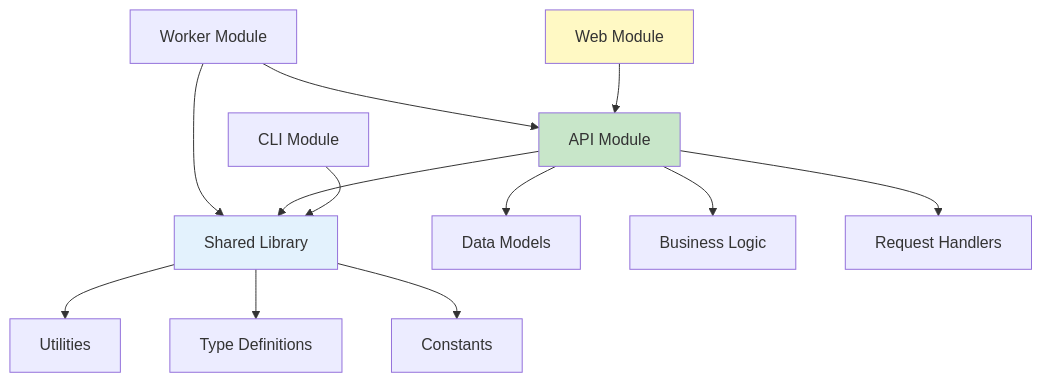
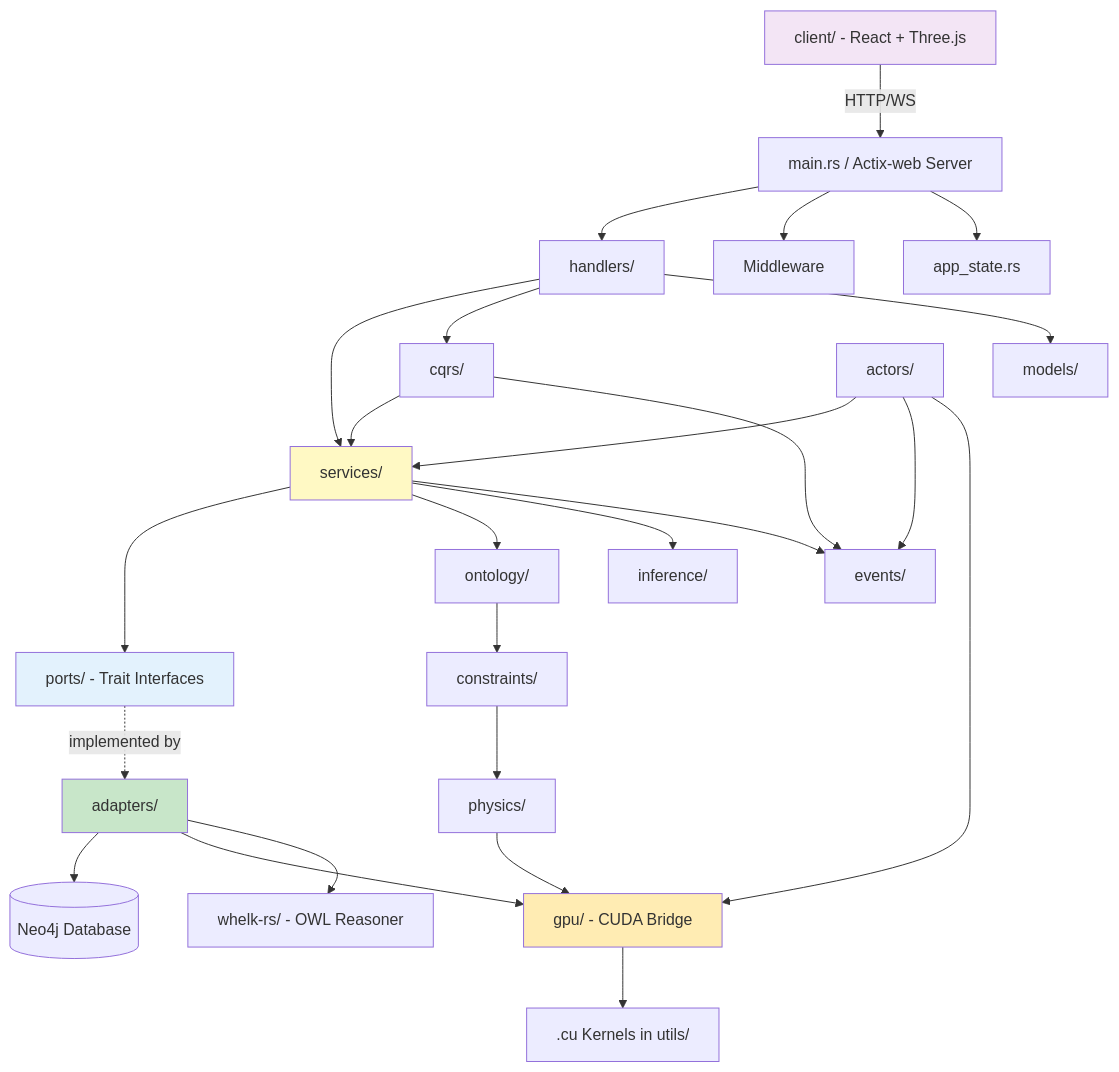
The diagram in docs/how-to/development/02-project-structure.md (DreamLab-AI/VisionFlow), drawn with Mermaid before and after one commit. The commit also changed other lines of this file and 22 other files, not shown here.

````diff
--- a/docs/how-to/development/02-project-structure.md
+++ b/docs/how-to/development/02-project-structure.md
@@ -413,20 +846,40 @@
 ```mermaid
 graph TD
-    CLI[CLI Module] --> Shared[Shared Library]
-    API[API Module] --> Shared
-    Web[Web Module] --> API
-    Worker[Worker Module] --> Shared
-    Worker --> API
+    Main[main.rs / Actix-web Server] --> Handlers
+    Main --> Middleware
+    Main --> AppState[app_state.rs]
 
-    Shared --> Utils[Utilities]
-    Shared --> Types[Type Definitions]
-    Shared --> Constants[Constants]
+    Handlers[handlers/] --> Services[services/]
+    Handlers --> CQRS[cqrs/]
+    Handlers --> Models[models/]
 
-    API --> Models[Data Models]
-    API --> Services[Business Logic]
-    API --> Controllers[Request Handlers]
+    Services --> Ports[ports/ - Trait Interfaces]
+    Services --> Ontology[ontology/]
+    Services --> Inference[inference/]
+    Services --> Events[events/]
 
-    style Shared fill:#E3F2FD
-    style API fill:#C8E6C9
-    style Web fill:#FFF9C4
+    CQRS --> Services
+    CQRS --> Events
+
+    Ports -.->|implemented by| Adapters[adapters/]
+    Adapters --> Neo4j[(Neo4j Database)]
+    Adapters --> GPU[gpu/ - CUDA Bridge]
+    Adapters --> Whelk[whelk-rs/ - OWL Reasoner]
+
+    GPU --> CUDA[.cu Kernels in utils/]
+    Physics[physics/] --> GPU
+    Constraints[constraints/] --> Physics
+    Ontology --> Constraints
+
+    Actors[actors/] --> Services
+    Actors --> Events
+    Actors --> GPU
+
+    Client[client/ - React + Three.js] -->|HTTP/WS| Main
+
+    style Ports fill:#E3F2FD
+    style Adapters fill:#C8E6C9
+    style Services fill:#FFF9C4
+    style GPU fill:#FFECB3
+    style Client fill:#F3E5F5
 ```
````
